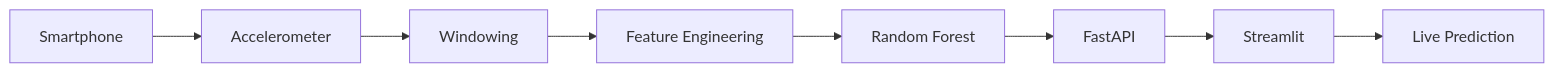
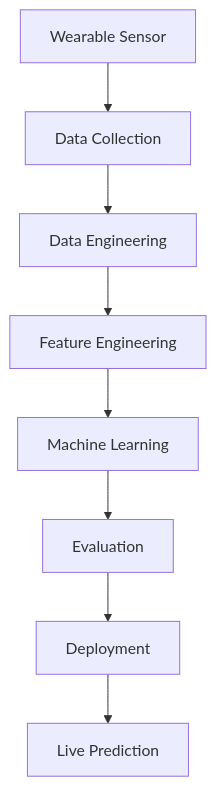
One commit to konakion/de4w-engineering-workbook changed the diagram in docs/index.qmd. Above: the diagram before and after it, drawn with Mermaid. The commit also changed other lines of this file and 39 other files, not shown here.

````diff
--- a/docs/index.qmd
+++ b/docs/index.qmd
@@ -31,18 +29,11 @@
 ```{mermaid}
-flowchart LR
-
-A[Smartphone]
--->B[Accelerometer]
-
-B-->C[Windowing]
-
-C-->D[Feature Engineering]
-
-D-->E[Random Forest]
-
-E-->F[FastAPI]
-
-F-->G[Streamlit]
-
-G-->H[Live Prediction]
+flowchart TD
+  A[Wearable Sensor]
+  --> B[Data Collection]
+  --> C[Data Engineering]
+  --> D[Feature Engineering]
+  --> E[Machine Learning]
+  --> F[Evaluation]
+  --> G[Deployment]
+  --> H[Live Prediction]
 ```
````
